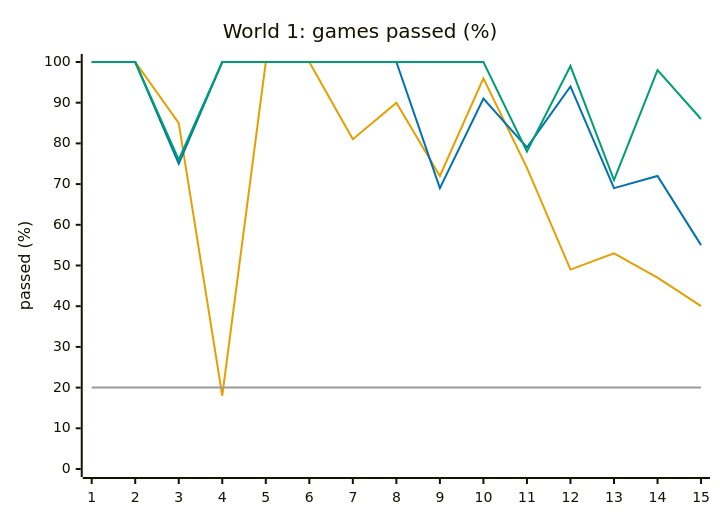
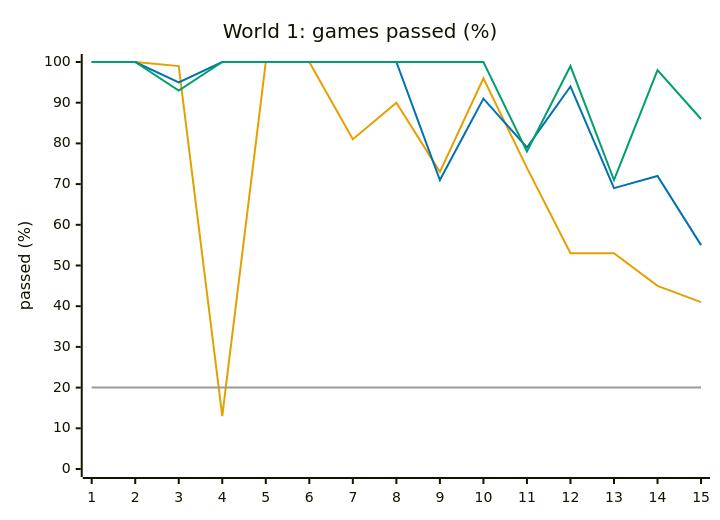
One commit to Pavelya/dots changed the first of 8 diagrams in docs/design/difficulty.md. Above: the diagram before and after it, drawn with Mermaid. The commit also changed other lines of this file and 13 other files, not shown here.

````diff
--- a/docs/design/difficulty.md
+++ b/docs/design/difficulty.md
@@ -143,11 +144,11 @@
 ```mermaid
 %%{init: {"themeVariables": {"xyChart": {"plotColorPalette": "#E69F00, #0072B2, #009E73, #999999"}}}}%%
 xychart-beta
     title "World 1: games passed (%)"
     x-axis ["1", "2", "3", "4", "5", "6", "7", "8", "9", "10", "11", "12", "13", "14", "15"]
     y-axis "passed (%)" 0 --> 100
-    line [100, 100, 85, 18, 100, 100, 81, 90, 72, 96, 74, 49, 53, 47, 40]
-    line [100, 100, 75, 100, 100, 100, 100, 100, 69, 91, 79, 94, 69, 72, 55]
-    line [100, 100, 76, 100, 100, 100, 100, 100, 100, 100, 78, 99, 71, 98, 86]
+    line [100, 100, 99, 13, 100, 100, 81, 90, 73, 96, 74, 53, 53, 45, 41]
+    line [100, 100, 95, 100, 100, 100, 100, 100, 71, 91, 79, 94, 69, 72, 55]
+    line [100, 100, 93, 100, 100, 100, 100, 100, 100, 100, 78, 99, 71, 98, 86]
     line [20, 20, 20, 20, 20, 20, 20, 20, 20, 20, 20, 20, 20, 20, 20]
 ```
````
